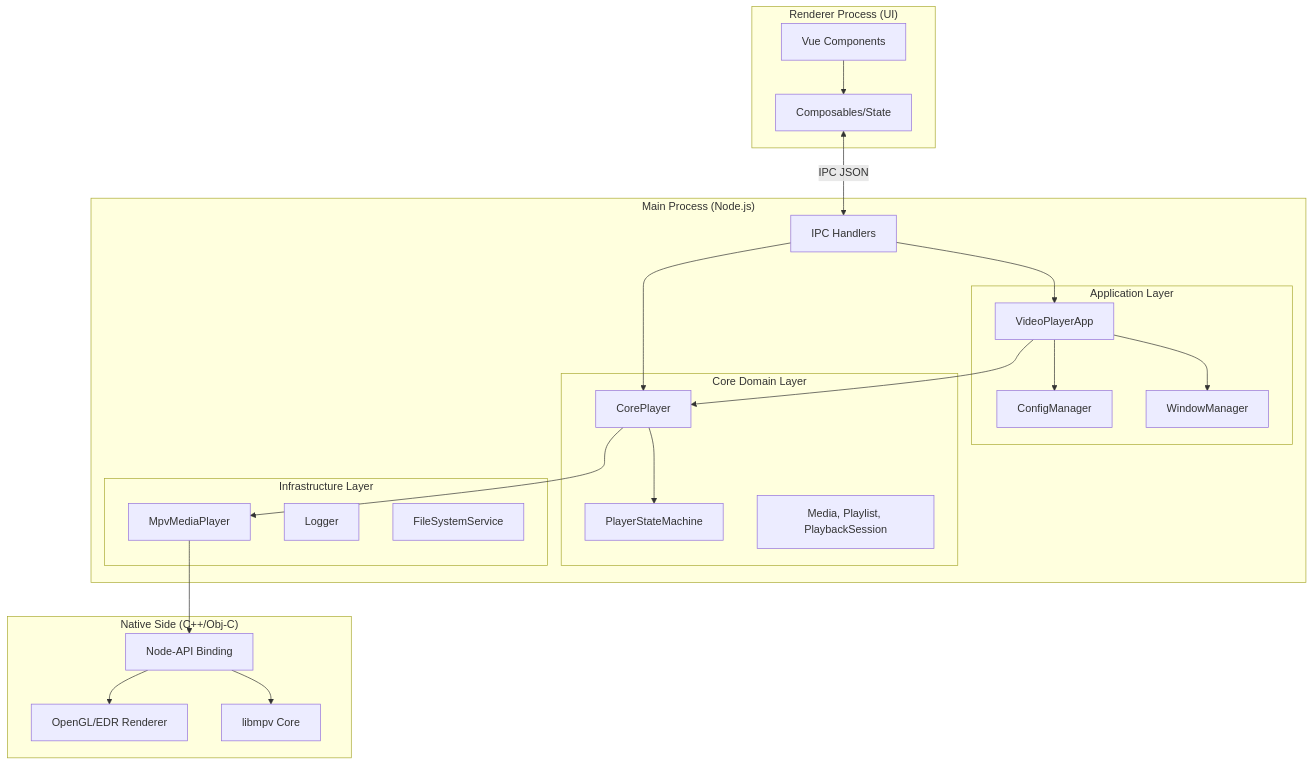
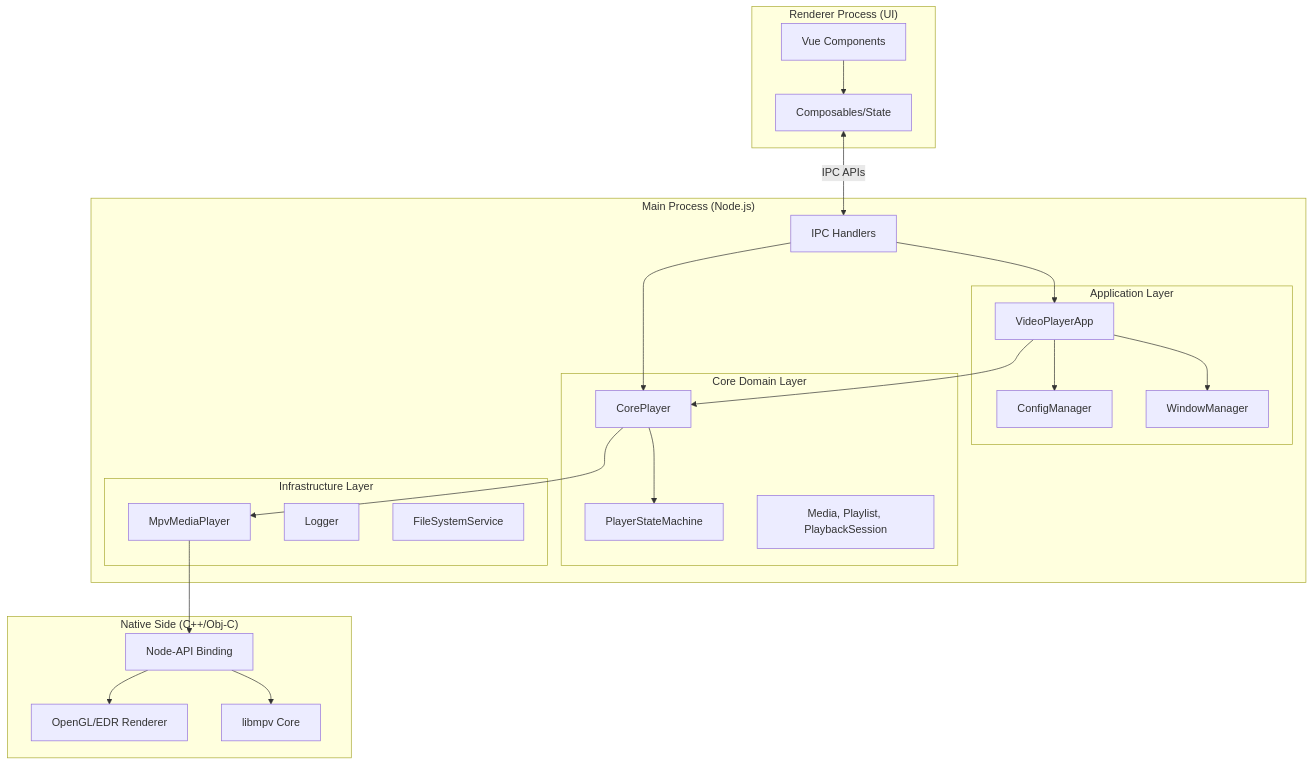
Before and after one commit to Lucas-lgm/lumiere: the first of 7 diagrams in docs/architecture/ARCHITECTURE.md, drawn with Mermaid. The commit also changed other lines of this file and 2 other files, not shown here.

````diff
--- a/docs/architecture/ARCHITECTURE.md
+++ b/docs/architecture/ARCHITECTURE.md
@@ -20,52 +20,52 @@
 ```mermaid
 graph TB
     subgraph "Renderer Process (UI)"
         UI_Comp[Vue Components]
         UI_Store[Composables/State]
         UI_Comp --> UI_Store
     end
 
     subgraph "Main Process (Node.js)"
         IPC_Server[IPC Handlers]
         
         subgraph "Application Layer"
             VPA[VideoPlayerApp]
             Config[ConfigManager]
             WM[WindowManager]
         end
         
         subgraph "Core Domain Layer"
             CP[CorePlayer]
             PSM[PlayerStateMachine]
             Models[Media, Playlist, PlaybackSession]
         end
         
         subgraph "Infrastructure Layer"
             MMP[MpvMediaPlayer]
             Log[Logger]
             FS[FileSystemService]
         end
     end
 
     subgraph "Native Side (C++/Obj-C)"
         NAPI[Node-API Binding]
         Render[OpenGL/EDR Renderer]
         MPV[libmpv Core]
     end
 
     %% Communications
-    UI_Store <-->|IPC JSON| IPC_Server
+    UI_Store <-->|IPC APIs| IPC_Server
     IPC_Server --> VPA
     IPC_Server --> CP
     
     VPA --> CP
     VPA --> Config
     VPA --> WM
     
     CP --> MMP
     CP --> PSM
     
     MMP --> NAPI
     NAPI --> MPV
     NAPI --> Render
 ```
````
